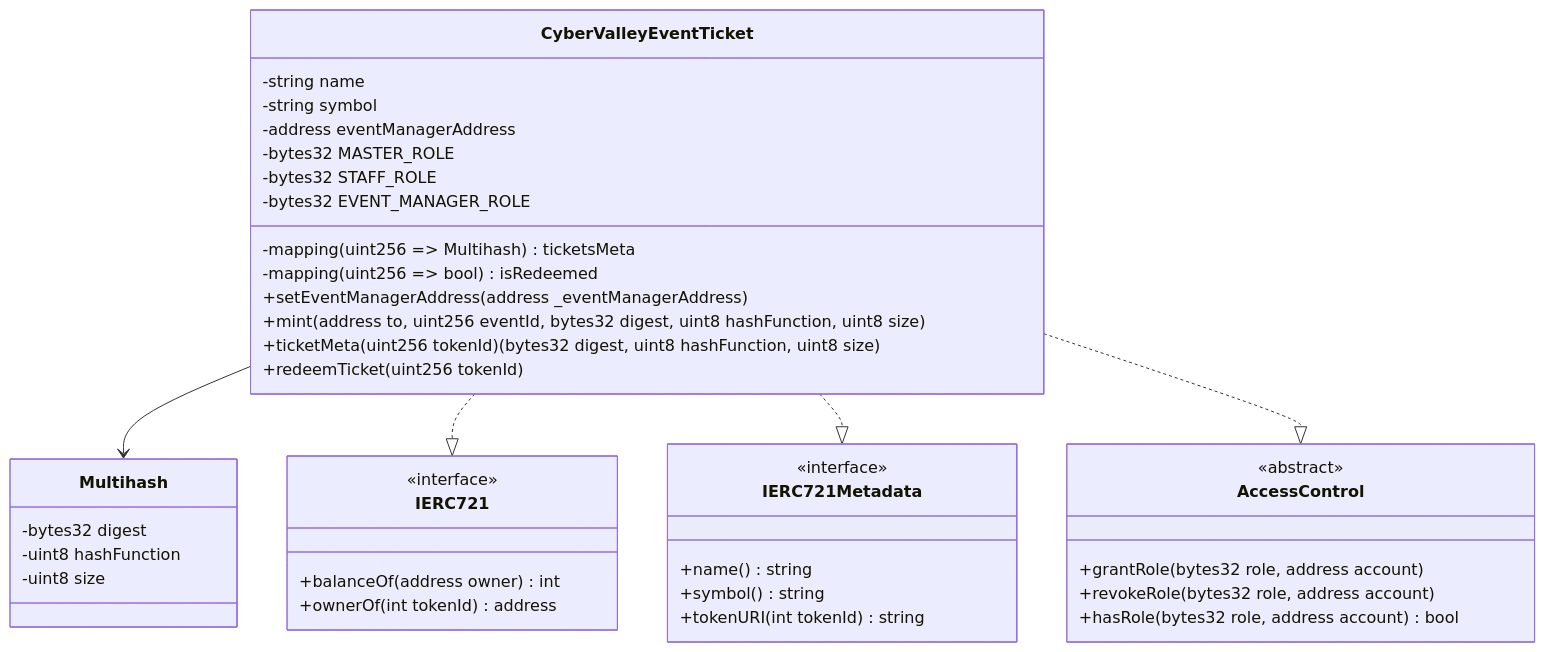
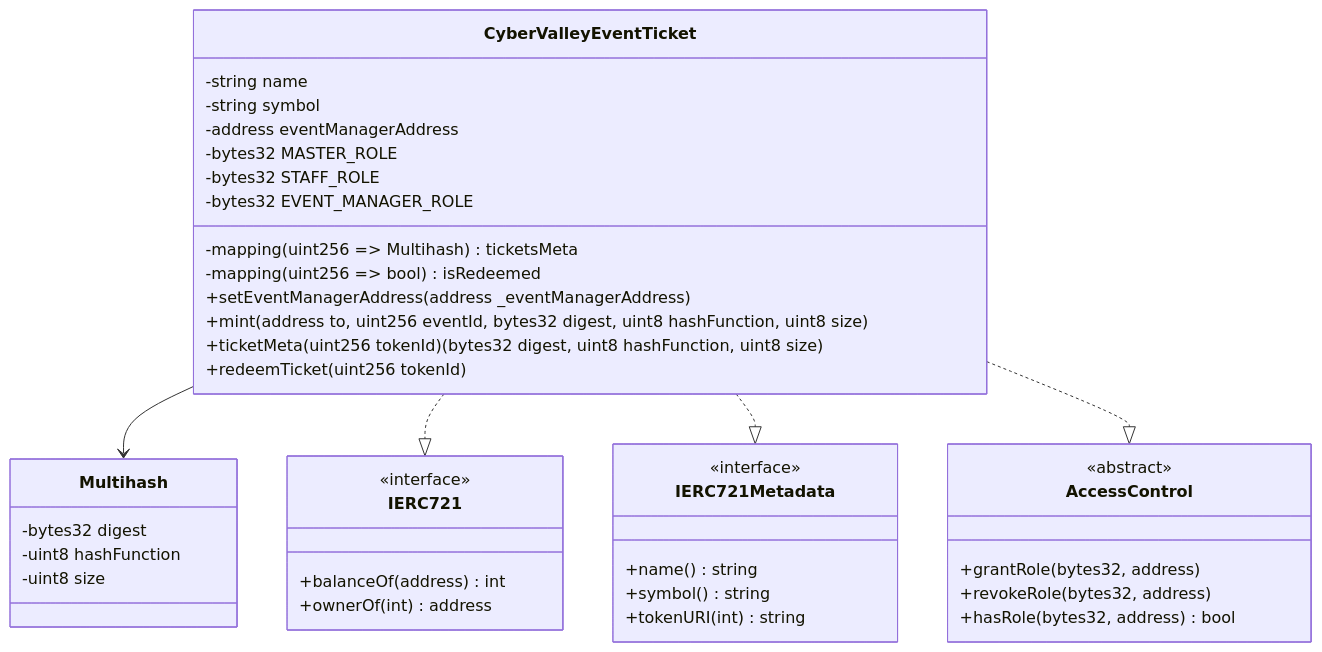
Before and after one commit to ai-shift/cyber-valley-tickets: diagram 42 of 48 in README.md, drawn with Mermaid. The commit also changed other lines of this file, not shown here.

Commit message:
docs: attempt to fix mermaid diagrams

````diff
--- a/README.md
+++ b/README.md
@@ -1502,49 +1491,49 @@
 ```mermaid
 classDiagram
     class CyberValleyEventTicket {
         -string name
         -string symbol
         -address eventManagerAddress
         -mapping(uint256 => Multihash) ticketsMeta
         -mapping(uint256 => bool) isRedeemed
         -bytes32 MASTER_ROLE
         -bytes32 STAFF_ROLE
         -bytes32 EVENT_MANAGER_ROLE
 
         +setEventManagerAddress(address _eventManagerAddress)
         +mint(address to, uint256 eventId, bytes32 digest, uint8 hashFunction, uint8 size)
         +ticketMeta(uint256 tokenId) (bytes32 digest, uint8 hashFunction, uint8 size)
         +redeemTicket(uint256 tokenId)
     }
 
     class Multihash {
         -bytes32 digest
         -uint8 hashFunction
         -uint8 size
     }
 
     class IERC721 {
         <<interface>>
-        +balanceOf(address owner) int
-        +ownerOf(int tokenId) address
+        +balanceOf(address) int
+        +ownerOf(int) address
     }
 
     class IERC721Metadata {
         <<interface>>
         +name() string
         +symbol() string
-        +tokenURI(int tokenId) string
+        +tokenURI(int) string
     }
 
     class AccessControl {
         <<abstract>>
-        +grantRole(bytes32 role, address account)
-        +revokeRole(bytes32 role, address account)
-        +hasRole(bytes32 role, address account) bool
+        +grantRole(bytes32, address)
+        +revokeRole(bytes32, address)
+        +hasRole(bytes32, address) bool
     }
 
     CyberValleyEventTicket --> Multihash
     CyberValleyEventTicket ..|> IERC721
     CyberValleyEventTicket ..|> IERC721Metadata
     CyberValleyEventTicket ..|> AccessControl
 ```
````
